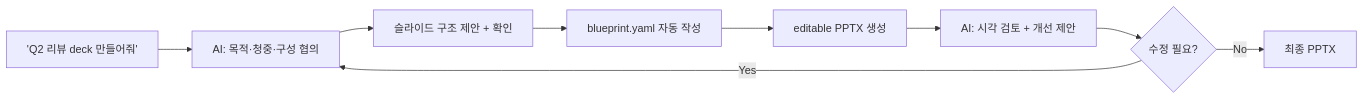
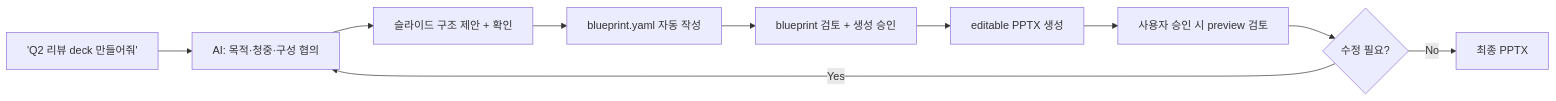
The diagram in docs/USER-MANUAL.md (kyungseo/ai-deck-compiler), drawn with Mermaid before and after one commit. The commit also changed other lines of this file and 23 other files, not shown here.

````diff
--- a/docs/USER-MANUAL.md
+++ b/docs/USER-MANUAL.md
@@ -34,11 +34,12 @@
 ```mermaid
 flowchart LR
   A["'Q2 리뷰 deck 만들어줘'"] --> B["AI: 목적·청중·구성 협의"]
   B --> C["슬라이드 구조 제안 + 확인"]
   C --> D["blueprint.yaml 자동 작성"]
-  D --> E["editable PPTX 생성"]
-  E --> F["AI: 시각 검토 + 개선 제안"]
-  F --> G{"수정 필요?"}
-  G -->|Yes| B
-  G -->|No| H["최종 PPTX"]
+  D --> E["blueprint 검토 + 생성 승인"]
+  E --> F["editable PPTX 생성"]
+  F --> G["사용자 승인 시 preview 검토"]
+  G --> H{"수정 필요?"}
+  H -->|Yes| B
+  H -->|No| I["최종 PPTX"]
 ```
````
